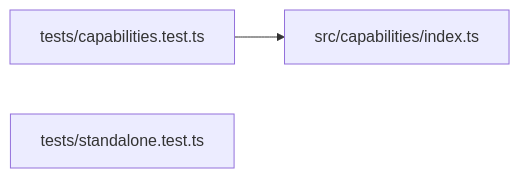
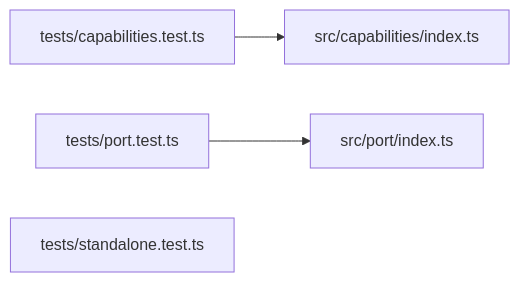
Before and after one commit to ankhorage/secrets: the diagram in paradox/diagrams/module-relationships.mmd, drawn with Mermaid. The commit also changed 10 other files, not shown here.

```diff
--- a/paradox/diagrams/module-relationships.mmd
+++ b/paradox/diagrams/module-relationships.mmd
@@ -1,5 +1,8 @@
 graph LR
   module_src_capabilities_index_ts["src/capabilities/index.ts"]
+  module_src_port_index_ts["src/port/index.ts"]
   module_tests_capabilities_test_ts["tests/capabilities.test.ts"]
+  module_tests_port_test_ts["tests/port.test.ts"]
   module_tests_standalone_test_ts["tests/standalone.test.ts"]
   module_tests_capabilities_test_ts --> module_src_capabilities_index_ts
+  module_tests_port_test_ts --> module_src_port_index_ts
```
